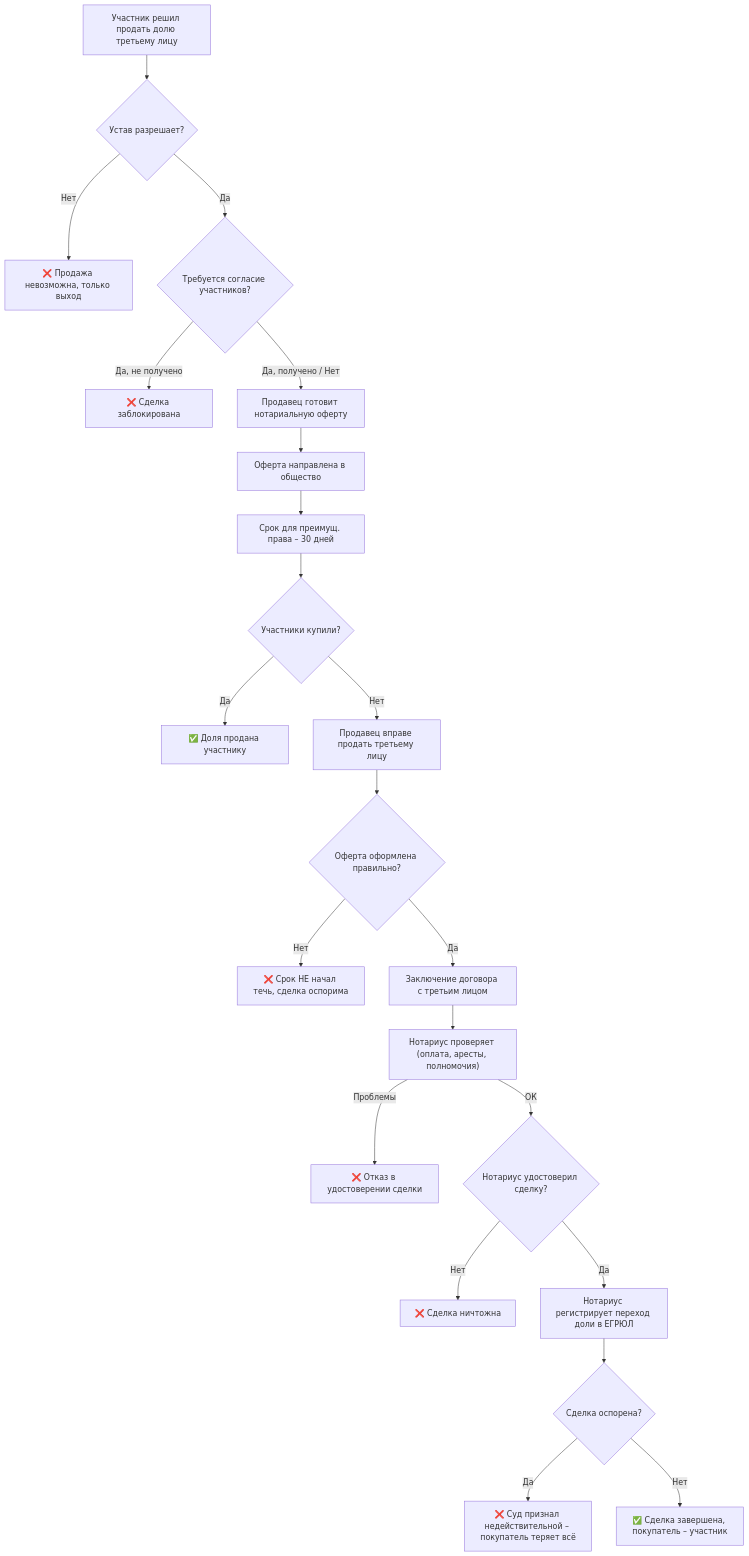
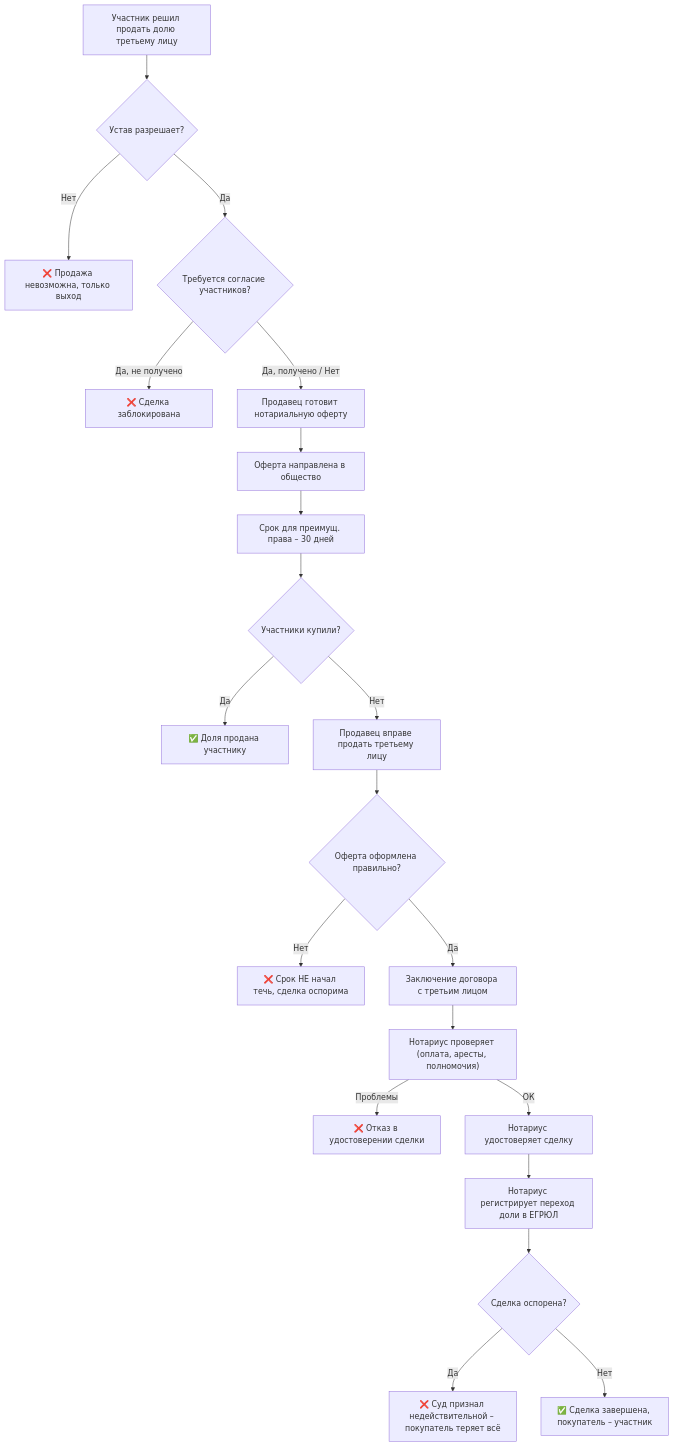
The second of 4 diagrams in docs/business-processes/llc-share-purchase-sale.md (arsenyuk/SamorodinkaTech.Fiducia), drawn with Mermaid before and after one commit. The commit also changed other lines of this file, not shown here.

Commit message:
docs(llc): убрать паразитный узел «Нотариус удостоверил?» с веткой «Нет» — проверка пройдена → удостоверяет

````diff
--- a/docs/business-processes/llc-share-purchase-sale.md
+++ b/docs/business-processes/llc-share-purchase-sale.md
@@ -166,24 +166,23 @@
 ```mermaid
 flowchart TD
     A["Участник решил продать долю третьему лицу"] --> B{Устав разрешает?}
     B -->|Нет| C["❌ Продажа невозможна, только выход"]
     B -->|Да| D{Требуется согласие участников?}
     D -->|"Да, не получено"| E["❌ Сделка заблокирована"]
     D -->|"Да, получено / Нет"| F["Продавец готовит нотариальную оферту"]
     F --> G["Оферта направлена в общество"]
     G --> H["Срок для преимущ. права – 30 дней"]
     H --> I{Участники купили?}
     I -->|Да| J["✅ Доля продана участнику"]
     I -->|Нет| K["Продавец вправе продать третьему лицу"]
     K --> L{Оферта оформлена правильно?}
     L -->|Нет| M["❌ Срок НЕ начал течь, сделка оспорима"]
     L -->|Да| N["Заключение договора с третьим лицом"]
     N --> Q["Нотариус проверяет (оплата, аресты, полномочия)"]
     Q -->|Проблемы| R["❌ Отказ в удостоверении сделки"]
-    Q -->|ОК| O{Нотариус удостоверил сделку?}
-    O -->|Нет| P["❌ Сделка ничтожна"]
-    O -->|Да| S["Нотариус регистрирует переход доли в ЕГРЮЛ"]
-    S --> T{Сделка оспорена?}
-    T -->|Да| U["❌ Суд признал недействительной – покупатель теряет всё"]
-    T -->|Нет| V["✅ Сделка завершена, покупатель – участник"]
+    Q -->|ОК| S["Нотариус удостоверяет сделку"]
+    S --> T["Нотариус регистрирует переход доли в ЕГРЮЛ"]
+    T --> U{Сделка оспорена?}
+    U -->|Да| V["❌ Суд признал недействительной – покупатель теряет всё"]
+    U -->|Нет| W["✅ Сделка завершена, покупатель – участник"]
 ```
````
